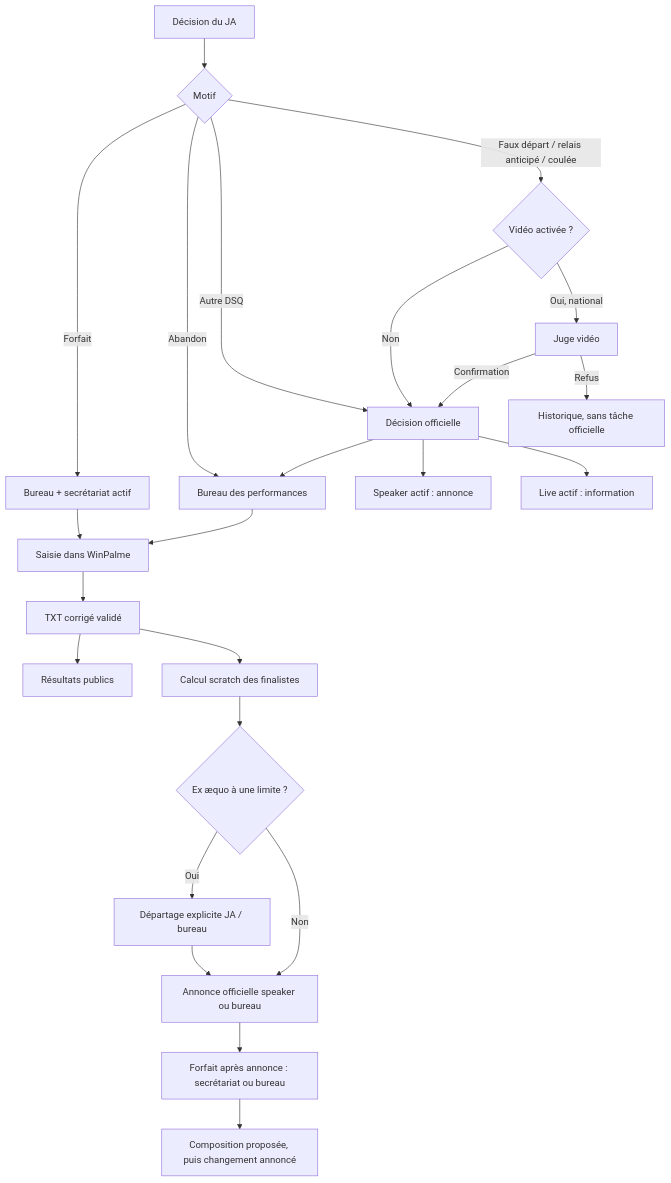
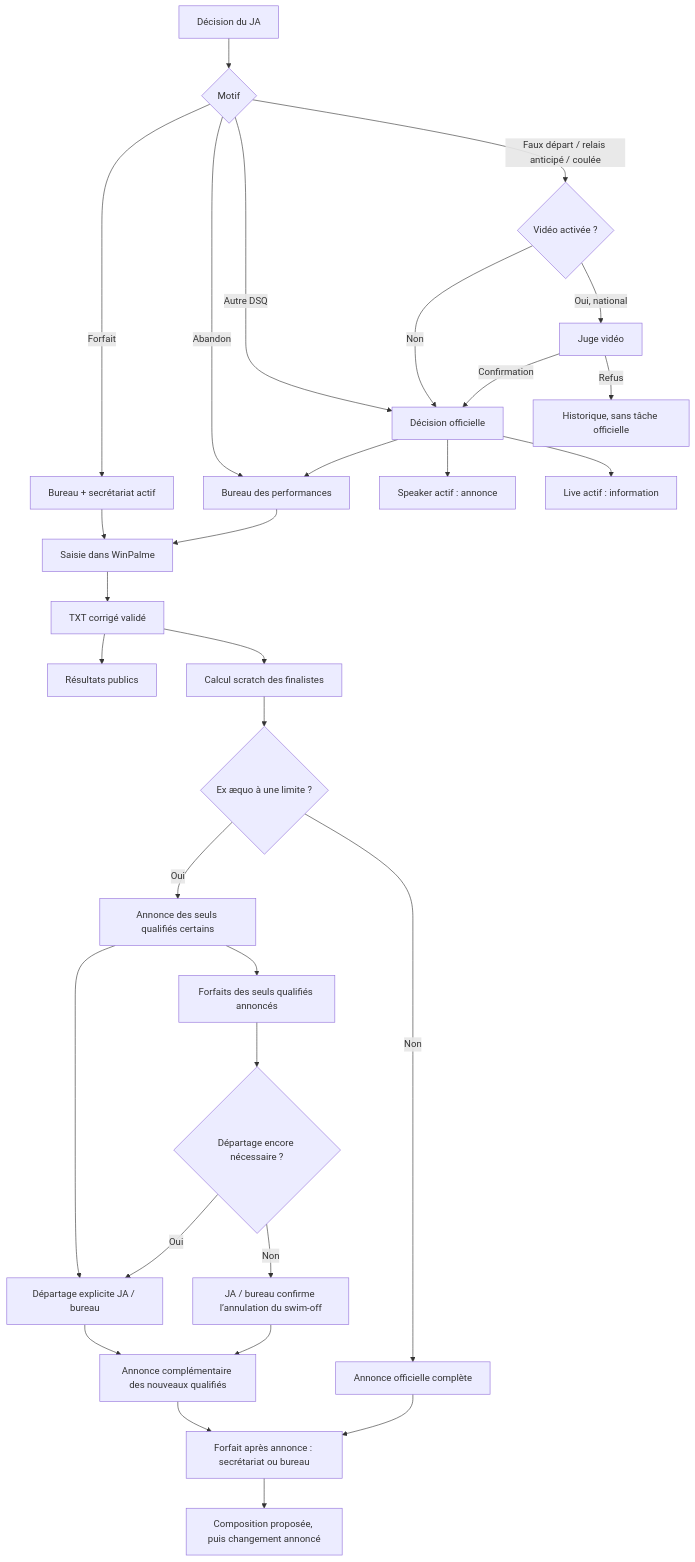
Before and after one commit to ffessmnap/LivePalmes: the diagram in docs/LIVEPALMES_DIRECT.md, drawn with Mermaid. The commit also changed other lines of this file and 10 other files, not shown here.

Commit message:
Annoncer les qualifiés certains avant le départage

````diff
--- a/docs/LIVEPALMES_DIRECT.md
+++ b/docs/LIVEPALMES_DIRECT.md
@@ -15,26 +15,33 @@
 ```mermaid
 flowchart TD
   JA[Décision du JA] --> Motif{Motif}
   Motif -->|Forfait| BF[Bureau + secrétariat actif]
   Motif -->|Abandon| B[Bureau des performances]
   Motif -->|Autre DSQ| O[Décision officielle]
   Motif -->|Faux départ / relais anticipé / coulée| V{Vidéo activée ?}
   V -->|Non| O
   V -->|Oui, national| JV[Juge vidéo]
   JV -->|Confirmation| O
   JV -->|Refus| H[Historique, sans tâche officielle]
   O --> B
   O --> S[Speaker actif : annonce]
   O --> L[Live actif : information]
   BF --> W[Saisie dans WinPalme]
   B --> W
   W --> T[TXT corrigé validé]
   T --> P[Résultats publics]
   T --> F[Calcul scratch des finalistes]
   F --> D{Ex æquo à une limite ?}
-  D -->|Oui| E[Départage explicite JA / bureau]
-  E --> A[Annonce officielle speaker ou bureau]
-  D -->|Non| A
+  D -->|Oui| AP[Annonce des seuls qualifiés certains]
+  AP --> E[Départage explicite JA / bureau]
+  AP --> RF[Forfaits des seuls qualifiés annoncés]
+  RF --> U{Départage encore nécessaire ?}
+  U -->|Oui| E
+  U -->|Non| X[JA / bureau confirme l’annulation du swim-off]
+  E --> AC[Annonce complémentaire des nouveaux qualifiés]
+  X --> AC
+  D -->|Non| A[Annonce officielle complète]
   A --> R[Forfait après annonce : secrétariat ou bureau]
+  AC --> R
   R --> C[Composition proposée, puis changement annoncé]
 ```
````
